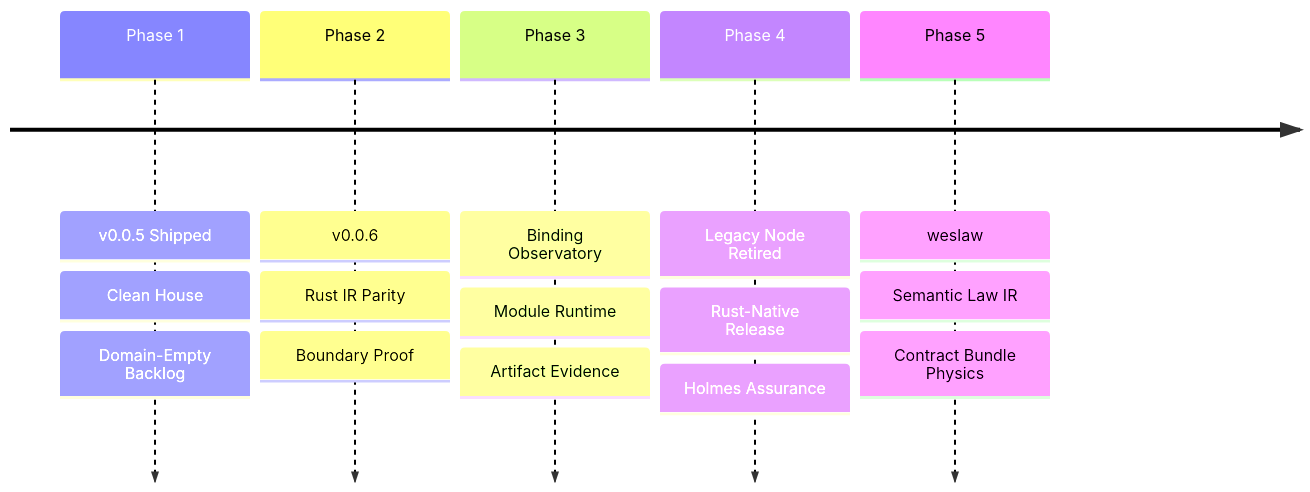
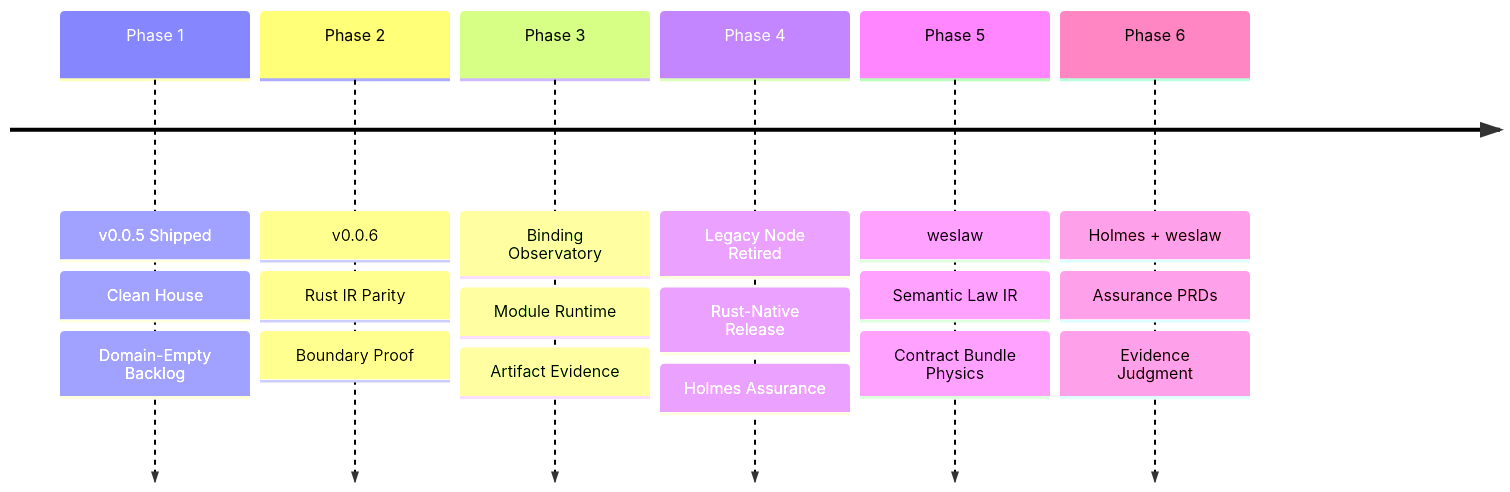
Before and after one commit to flyingrobots/wesley: the diagram in docs/BEARING.md, drawn with Mermaid. The commit also changed other lines of this file and 3 other files, not shown here.

Commit message:
docs(holmes): plan weslaw assurance prd slices

````diff
--- a/docs/BEARING.md
+++ b/docs/BEARING.md
@@ -8,8 +8,9 @@
 ```mermaid
 timeline
     Phase 1 : v0.0.5 Shipped : Clean House : Domain-Empty Backlog
     Phase 2 : v0.0.6 : Rust IR Parity : Boundary Proof
     Phase 3 : Binding Observatory : Module Runtime : Artifact Evidence
     Phase 4 : Legacy Node Retired : Rust-Native Release : Holmes Assurance
     Phase 5 : weslaw : Semantic Law IR : Contract Bundle Physics
+    Phase 6 : Holmes + weslaw : Assurance PRDs : Evidence Judgment
 ```
````
